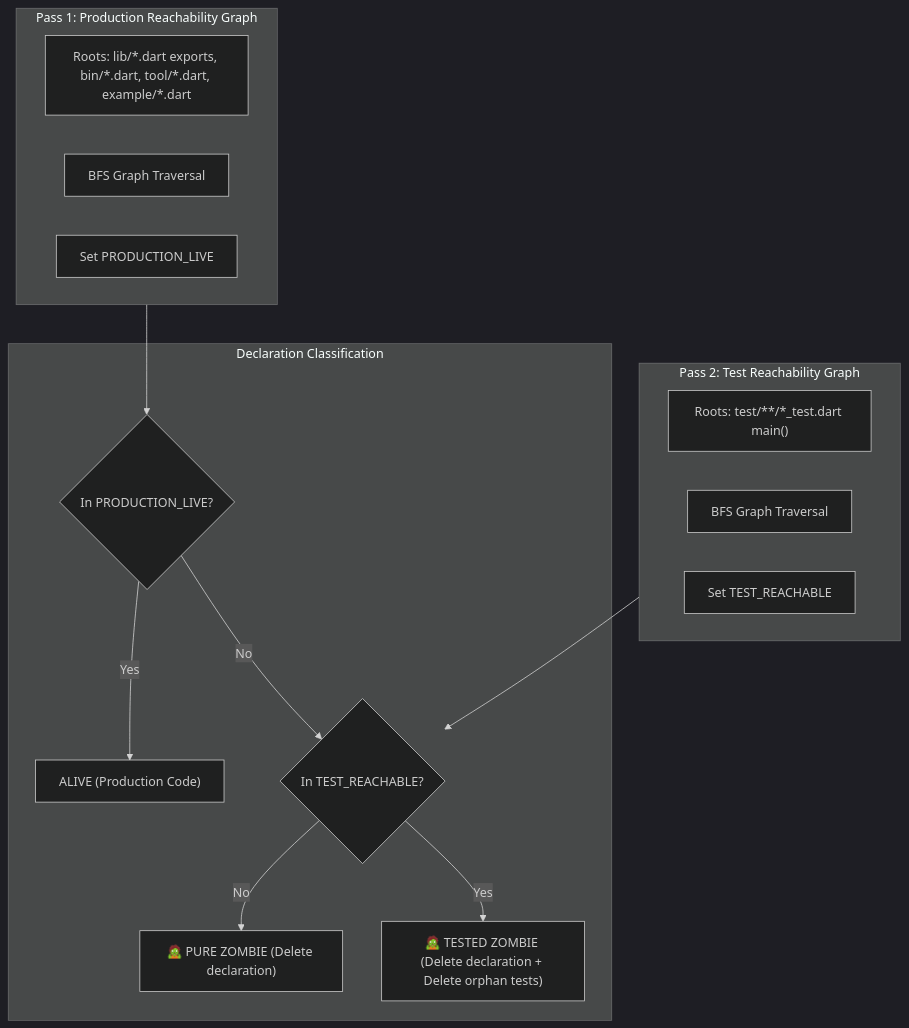
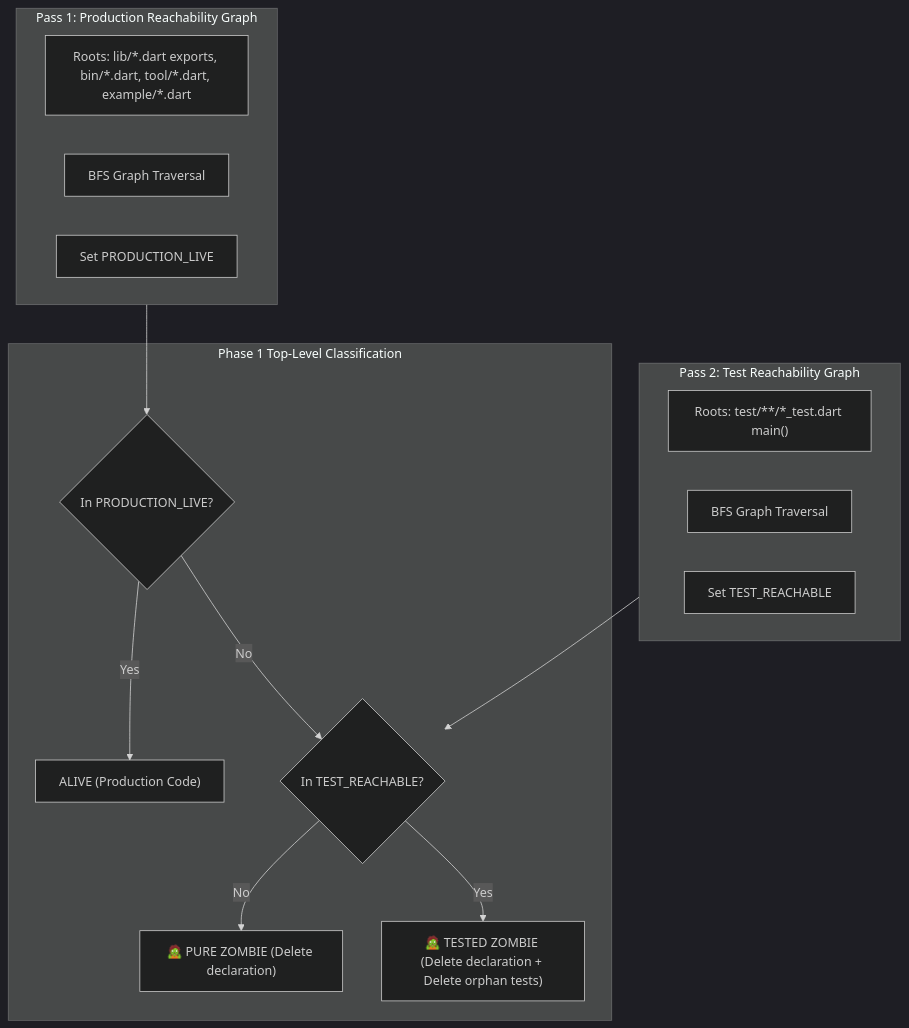
The diagram in packages/zombie/doc/taxonomy.md (Executer13/analytica.dart), drawn with Mermaid (dark theme) before and after one commit. The commit also changed other lines of this file and 2 other files, not shown here.

First line of the commit message:
docs(zombie): split taxonomy into phase 1 top-level and phase 2/3 internal members

````diff
--- a/packages/zombie/doc/taxonomy.md
+++ b/packages/zombie/doc/taxonomy.md
@@ -34,25 +46,25 @@
 ```mermaid
 flowchart TD
     subgraph Pass1 ["Pass 1: Production Reachability Graph"]
         P_Roots["Roots: lib/*.dart exports, bin/*.dart, tool/*.dart, example/*.dart"]
         P_BFS["BFS Graph Traversal"]
         P_Live["Set<Declaration> PRODUCTION_LIVE"]
     end
 
     subgraph Pass2 ["Pass 2: Test Reachability Graph"]
         T_Roots["Roots: test/**/*_test.dart main()"]
         T_BFS["BFS Graph Traversal"]
         T_Live["Set<Declaration> TEST_REACHABLE"]
     end
 
-    subgraph Classification ["Declaration Classification"]
+    subgraph Classification ["Phase 1 Top-Level Classification"]
         D1{"In PRODUCTION_LIVE?"}
         D1 -->|Yes| Live["ALIVE (Production Code)"]
         D1 -->|No| D2{"In TEST_REACHABLE?"}
         D2 -->|No| PureZombie["🧟 PURE ZOMBIE (Delete declaration)"]
         D2 -->|Yes| TestedZombie["🧟 TESTED ZOMBIE (Delete declaration + Delete orphan tests)"]
     end
 
     Pass1 --> D1
     Pass2 --> D2
 ```
````
